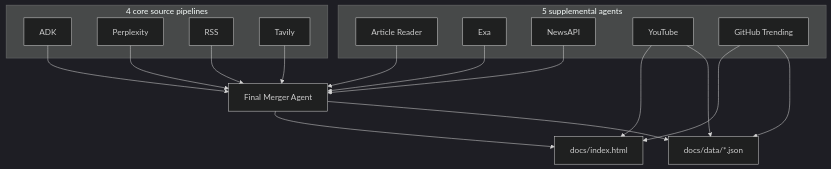
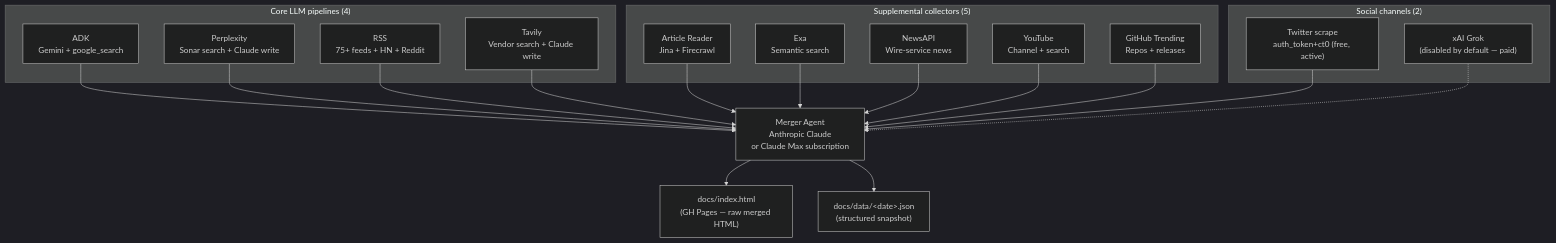
The first of 12 diagrams in README.md (kobyal/ai-news-briefing), drawn with Mermaid (dark theme) before and after one commit. The commit also changed other lines of this file and 3 other files, not shown here.

````diff
--- a/README.md
+++ b/README.md
@@ -50,33 +55,39 @@
 ```mermaid
 flowchart TD
-    subgraph core["4 core source pipelines"]
-        A["ADK"]
-        B["Perplexity"]
-        C["RSS"]
-        D["Tavily"]
+    subgraph core["Core LLM pipelines (4)"]
+        ADK["ADK<br/>Gemini + google_search"]
+        PX["Perplexity<br/>Sonar search + Claude write"]
+        RSS["RSS<br/>75+ feeds + HN + Reddit"]
+        TAV["Tavily<br/>Vendor search + Claude write"]
     end
 
-    subgraph extra["5 supplemental agents"]
-        F["Article Reader"]
-        G["Exa"]
-        H["NewsAPI"]
-        I["YouTube"]
-        J["GitHub Trending"]
+    subgraph supp["Supplemental collectors (5)"]
+        AR["Article Reader<br/>Jina + Firecrawl"]
+        EXA["Exa<br/>Semantic search"]
+        NEWS["NewsAPI<br/>Wire-service news"]
+        YT["YouTube<br/>Channel + search"]
+        GH["GitHub Trending<br/>Repos + releases"]
     end
 
-    A --> M
-    B --> M
-    C --> M
-    D --> M
-    G --> M
-    H --> M
-    F --> M
+    subgraph social["Social channels (2)"]
+        TW["Twitter scrape<br/>auth_token+ct0 (free, active)"]
+        XAI["xAI Grok<br/>(disabled by default — paid)"]
+    end
 
-    I --> P
-    J --> P
+    M["Merger Agent<br/>Anthropic Claude<br/>or Claude Max subscription"]
 
-    M["Final Merger Agent"] --> P["docs/index.html"]
-    M --> D2
-    I --> D2
-    J --> D2["docs/data/*.json"]
+    ADK --> M
+    PX --> M
+    RSS --> M
+    TAV --> M
+    AR --> M
+    EXA --> M
+    NEWS --> M
+    YT --> M
+    GH --> M
+    TW --> M
+    XAI -.-> M
+
+    M --> H["docs/index.html<br/>(GH Pages — raw merged HTML)"]
+    M --> J["docs/data/&lt;date&gt;.json<br/>(structured snapshot)"]
 ```
````
